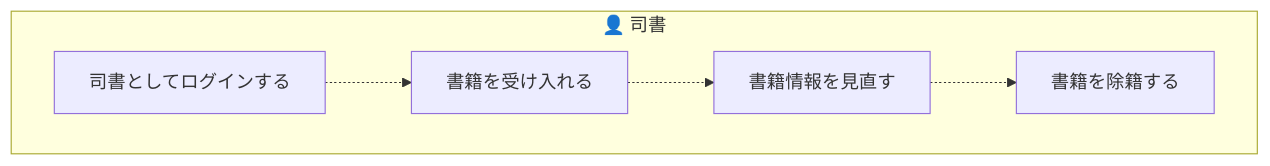
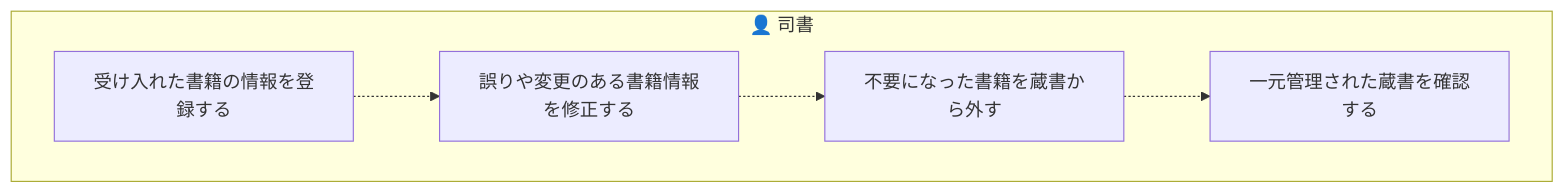
Before and after one commit to suwa-sh/suwa-sh-claude-plugins: the first of 9 diagrams in samples/distillery2/library-loan/docs/requirements/rdra/views/03_業務フロー.md, drawn with Mermaid. The commit also changed other lines of this file and 249 other files, not shown here.

````diff
--- a/samples/distillery2/library-loan/docs/requirements/rdra/views/03_業務フロー.md
+++ b/samples/distillery2/library-loan/docs/requirements/rdra/views/03_業務フロー.md
@@ -12,12 +12,12 @@
 ```mermaid
 graph TD
   subgraph LN1["👤 司書"]
-    AT1["司書としてログインする"]
-    AT2["書籍を受け入れる"]
-    AT3["書籍情報を見直す"]
-    AT4["書籍を除籍する"]
+    AT1["受け入れた書籍の情報を登録する"]
+    AT2["誤りや変更のある書籍情報を修正する"]
+    AT3["不要になった書籍を蔵書から外す"]
+    AT4["一元管理された蔵書を確認する"]
   end
   AT1 -.-> AT2
   AT2 -.-> AT3
   AT3 -.-> AT4
 ```
````
